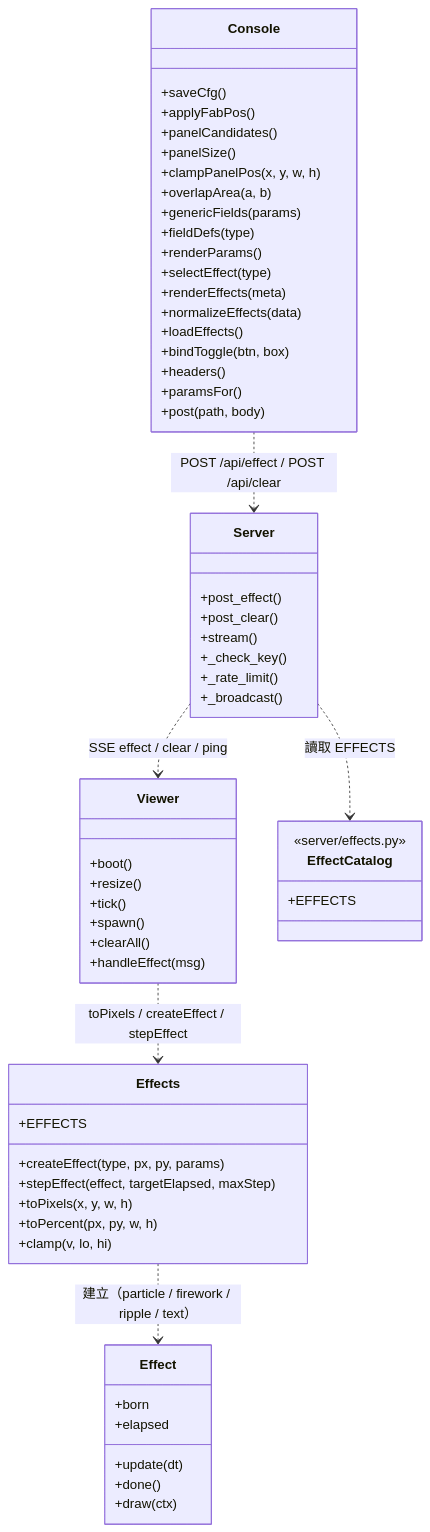
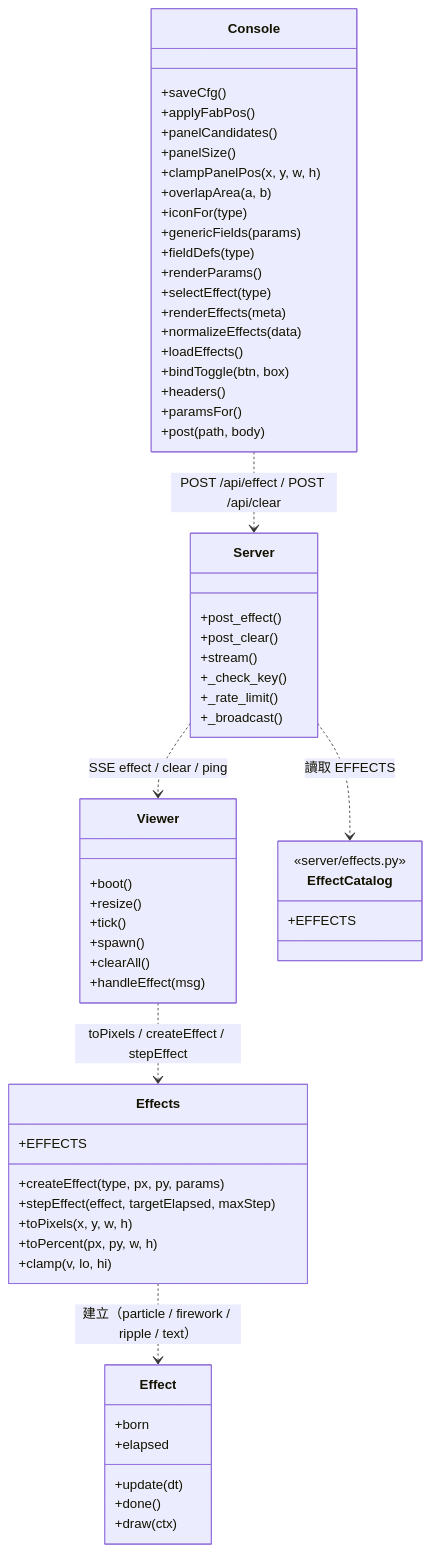
One commit to zivngit/Real-time-Interaction-html changed the fifth of 6 diagrams in docs/agents/CALL_GRAPH.md. Above: the diagram before and after it, drawn with Mermaid. The commit also changed other lines of this file and 8 other files, not shown here.

````diff
--- a/docs/agents/CALL_GRAPH.md
+++ b/docs/agents/CALL_GRAPH.md
@@ -129,62 +129,63 @@
 ```mermaid
 classDiagram
     class Effects {
         +EFFECTS
         +createEffect(type, px, py, params)
         +stepEffect(effect, targetElapsed, maxStep)
         +toPixels(x, y, w, h)
         +toPercent(px, py, w, h)
         +clamp(v, lo, hi)
     }
     class Effect {
         +update(dt)
         +done()
         +draw(ctx)
         +born
         +elapsed
     }
     class Viewer {
         +boot()
         +resize()
         +tick()
         +spawn()
         +clearAll()
         +handleEffect(msg)
     }
     class EffectCatalog {
         <<server/effects.py>>
         +EFFECTS
     }
     class Server {
         +post_effect()
         +post_clear()
         +stream()
         +_check_key()
         +_rate_limit()
         +_broadcast()
     }
     class Console {
         +saveCfg()
         +applyFabPos()
         +panelCandidates()
         +panelSize()
         +clampPanelPos(x, y, w, h)
         +overlapArea(a, b)
+        +iconFor(type)
         +genericFields(params)
         +fieldDefs(type)
         +renderParams()
         +selectEffect(type)
         +renderEffects(meta)
         +normalizeEffects(data)
         +loadEffects()
         +bindToggle(btn, box)
         +headers()
         +paramsFor()
         +post(path, body)
     }
     Viewer ..> Effects : toPixels / createEffect / stepEffect
     Effects ..> Effect : 建立（particle / firework / ripple / text）
     Console ..> Server : POST /api/effect / POST /api/clear
     Server ..> EffectCatalog : 讀取 EFFECTS
     Server ..> Viewer : SSE effect / clear / ping
 ```
````
